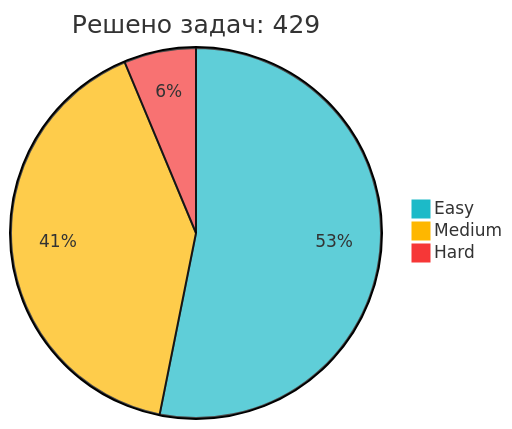
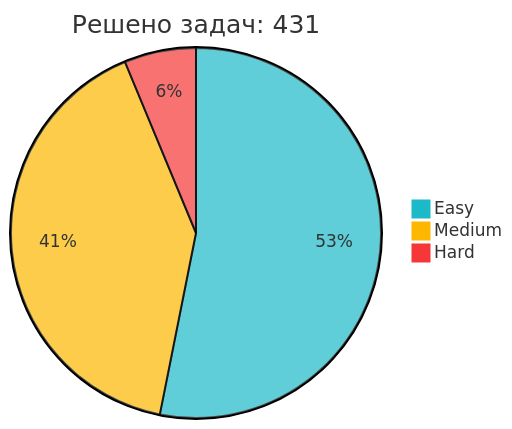
Before and after one commit to IliaKurdukov/IliaKurdukov: the diagram in README.md, drawn with Mermaid. The commit also changed other lines of this file, not shown here.

Commit message:
📈 Обновление статистики LeetCode

````diff
--- a/README.md
+++ b/README.md
@@ -51,7 +51,7 @@
 ```mermaid
 %%{init: {'theme': 'base', 'themeVariables': { 'pie1': '#1CBAC8', 'pie2': '#FEB700', 'pie3': '#F63737' }, 'config': {'width': 300, 'height': 200}}}%%
-pie title Решено задач: 429
-   "Easy" : 228
-   "Medium" : 174
+pie title Решено задач: 431
+   "Easy" : 229
+   "Medium" : 175
    "Hard" : 27
 ```
````
